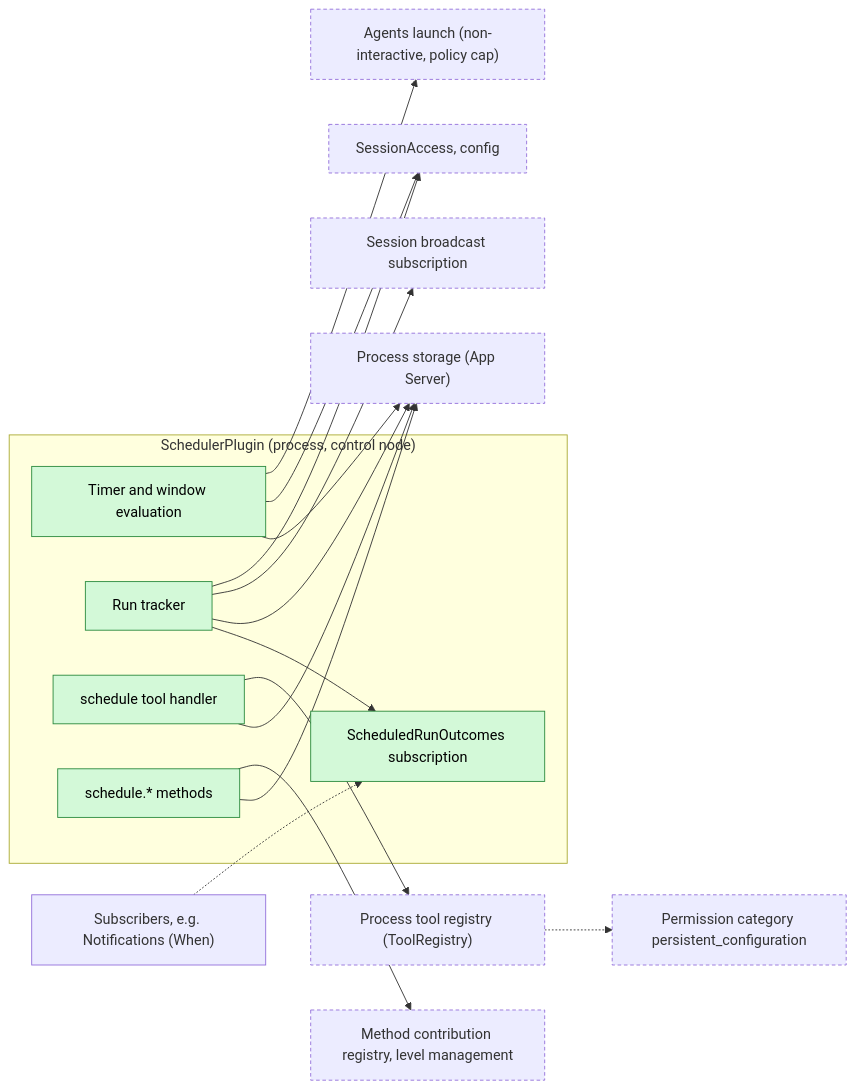
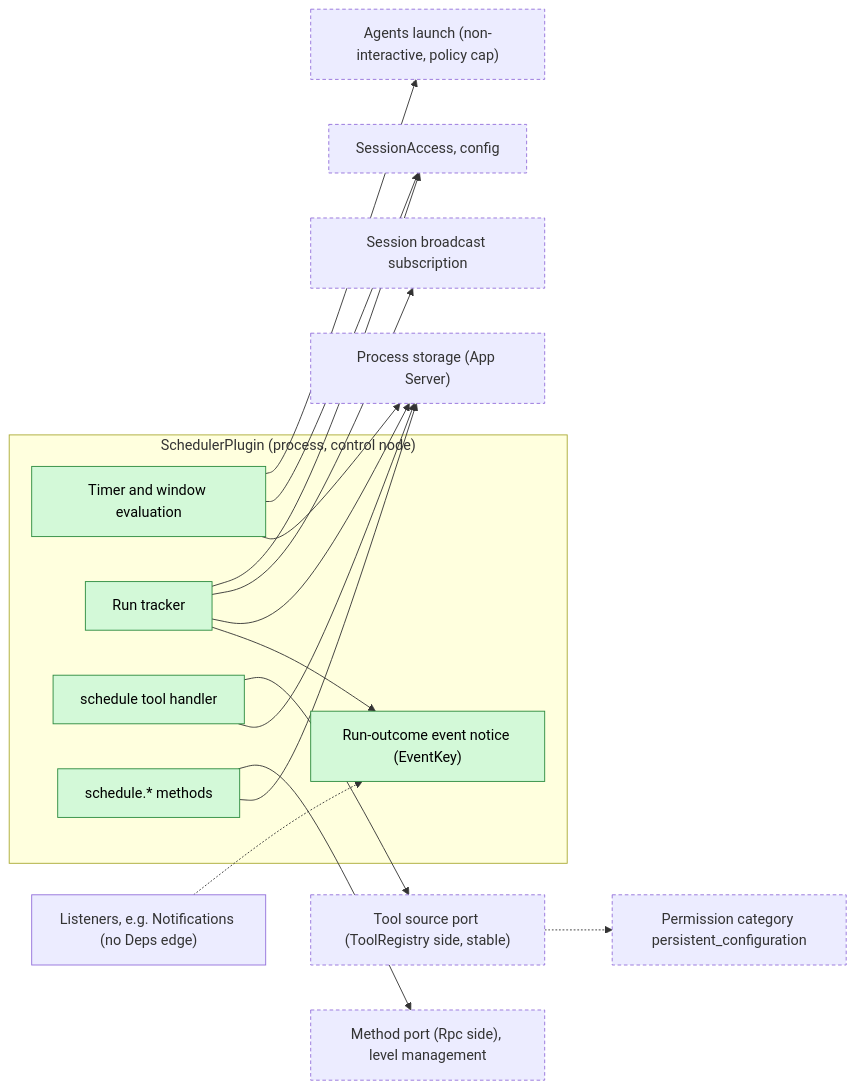
The first of 6 diagrams in docs/design/plugins/Scheduler.md (CoutinhoTTS/dim-agent), drawn with Mermaid before and after one commit. The commit also changed other lines of this file and 3 other files, not shown here.

````diff
--- a/docs/design/plugins/Scheduler.md
+++ b/docs/design/plugins/Scheduler.md
@@ -9,35 +9,35 @@
 ```mermaid
 flowchart LR
   subgraph Sched["SchedulerPlugin (process, control node)"]
     Timer["Timer and window evaluation"]
     Runs["Run tracker"]
     Tool["schedule tool handler"]
     Mgmt["schedule.* methods"]
-    Out["ScheduledRunOutcomes subscription"]
+    Out["Run-outcome event notice (EventKey)"]
   end
-  ToolReg["Process tool registry (ToolRegistry)"]
-  MgmtReg["Method contribution registry, level management"]
+  ToolReg["Tool source port (ToolRegistry side, stable)"]
+  MgmtReg["Method port (Rpc side), level management"]
   Launch["Agents launch (non-interactive, policy cap)"]
   Access["SessionAccess, config"]
   Events["Session broadcast subscription"]
-  Subs["Subscribers, e.g. Notifications (When)"]
+  Subs["Listeners, e.g. Notifications (no Deps edge)"]
   Store["Process storage (App Server)"]
   Perm["Permission category persistent_configuration"]
   Tool --> ToolReg
   Mgmt --> MgmtReg
   Timer --> Launch
   Timer --> Access
   Runs --> Access
   Runs --> Events
   Timer --> Store
   Runs --> Store
   Tool --> Store
   Mgmt --> Store
   Runs --> Out
   Subs -.-> Out
   ToolReg -.-> Perm
   classDef new fill:#d3f9d8,stroke:#2b8a3e,color:#000
   classDef contract stroke-dasharray:4 3
   class Timer,Runs,Tool,Mgmt,Out new
   class ToolReg,MgmtReg,Launch,Access,Events,Store,Perm contract
 ```
````
